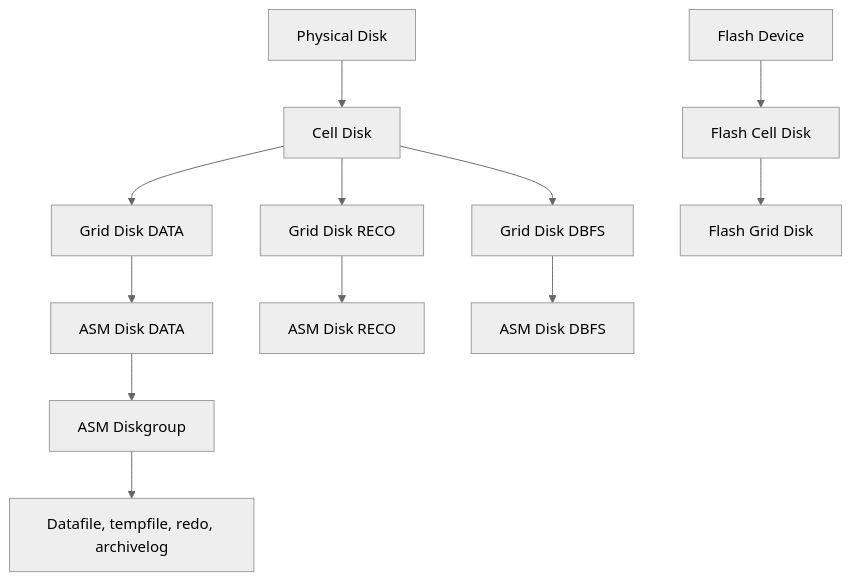
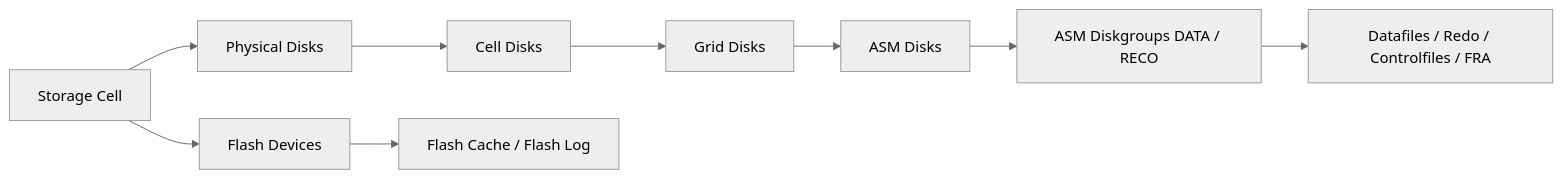
The diagram in modules/06-exadata-storage-server-configuration.md (zdmooc/oracle-exadata-infra-ha-dr-course-labs-v5), drawn with Mermaid (neutral theme) before and after one commit. The commit also changed other lines of this file, not shown here.

Commit message:
docs: rewrite module 06 storage server configuration

````diff
--- a/modules/06-exadata-storage-server-configuration.md
+++ b/modules/06-exadata-storage-server-configuration.md
@@ -162,14 +83,11 @@
 ```mermaid
-flowchart TD
-    PD[Physical Disk] --> CD[Cell Disk]
-    FD[Flash Device] --> FCD[Flash Cell Disk]
-    CD --> GD1[Grid Disk DATA]
-    CD --> GD2[Grid Disk RECO]
-    CD --> GD3[Grid Disk DBFS]
-    FCD --> FGD[Flash Grid Disk]
-    GD1 --> ASM1[ASM Disk DATA]
-    GD2 --> ASM2[ASM Disk RECO]
-    GD3 --> ASM3[ASM Disk DBFS]
-    ASM1 --> DG1[ASM Diskgroup]
-    DG1 --> FILES[Datafile, tempfile, redo, archivelog]
+flowchart LR
+    A[Storage Cell] --> B[Physical Disks]
+    A --> C[Flash Devices]
+    B --> D[Cell Disks]
+    C --> E[Flash Cache / Flash Log]
+    D --> F[Grid Disks]
+    F --> G[ASM Disks]
+    G --> H[ASM Diskgroups DATA / RECO]
+    H --> I[Datafiles / Redo / Controlfiles / FRA]
 ```
````
